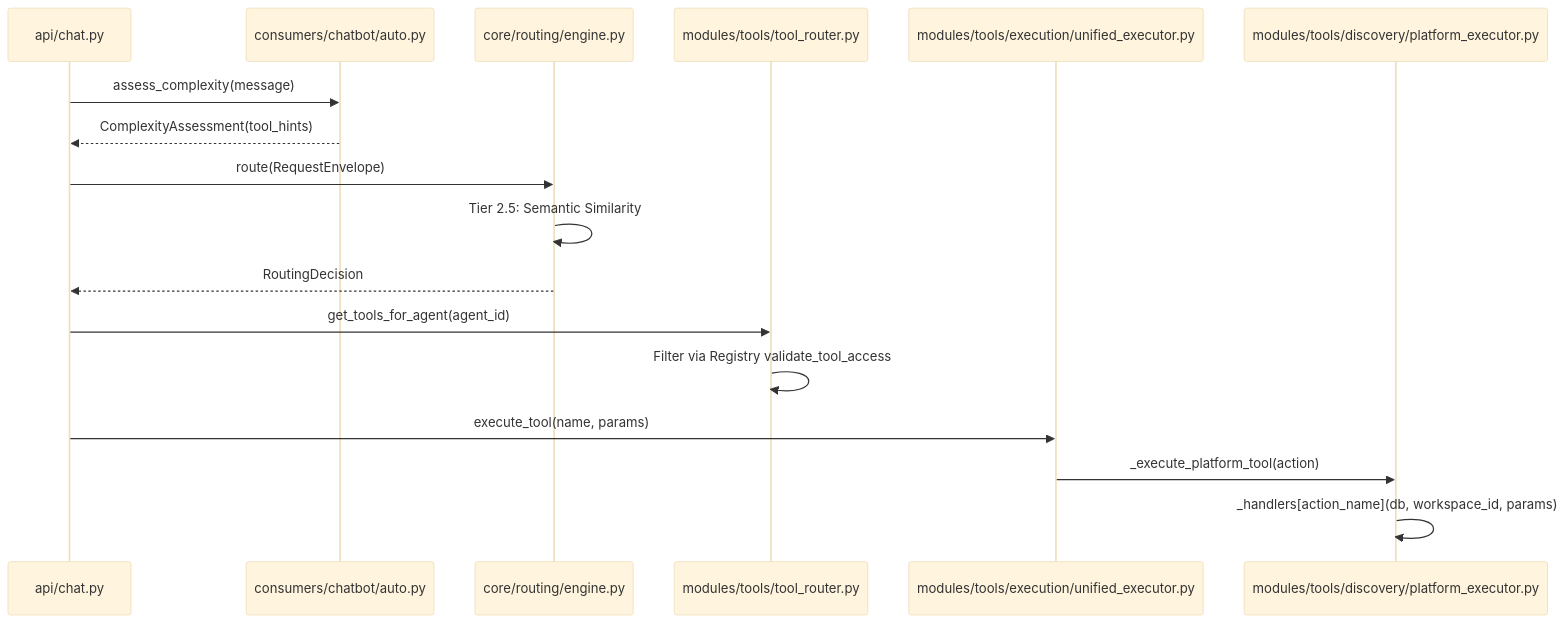
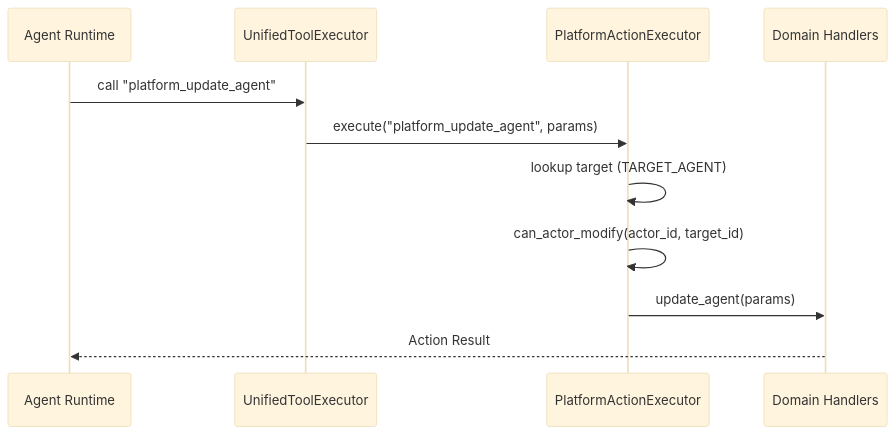
One commit to AutomatosAI/automatos-ai changed the second of 2 diagrams in docs/tools-integrations/tool-router-execution.md. Above: the diagram before and after it, drawn with Mermaid (base theme). The commit also changed other lines of this file and 153 other files, not shown here.

````diff
--- a/docs/tools-integrations/tool-router-execution.md
+++ b/docs/tools-integrations/tool-router-execution.md
@@ -153,23 +126,14 @@
 ```mermaid
 sequenceDiagram
-    participant API as api/chat.py
-    participant Auto as consumers/chatbot/auto.py
-    participant Router as core/routing/engine.py
-    participant ToolRouter as modules/tools/tool_router.py
-    participant Unified as modules/tools/execution/unified_executor.py
-    participant Platform as modules/tools/discovery/platform_executor.py
-
-    API->>Auto: assess_complexity(message)
-    Auto-->>API: ComplexityAssessment(tool_hints)
+    participant Agent as Agent Runtime
+    participant Unified as UnifiedToolExecutor
+    participant PlatExec as PlatformActionExecutor
+    participant Handlers as Domain Handlers
     
-    API->>Router: route(RequestEnvelope)
-    Router->>Router: Tier 2.5: Semantic Similarity
-    Router-->>API: RoutingDecision
-    
-    API->>ToolRouter: get_tools_for_agent(agent_id)
-    ToolRouter->>ToolRouter: Filter via Registry validate_tool_access
-    
-    API->>Unified: execute_tool(name, params)
-    Unified->>Platform: _execute_platform_tool(action)
-    Platform->>Platform: _handlers[action_name](db, workspace_id, params)
+    Agent->>Unified: call "platform_update_agent"
+    Unified->>PlatExec: execute("platform_update_agent", params)
+    PlatExec->>PlatExec: lookup target (TARGET_AGENT)
+    PlatExec->>PlatExec: can_actor_modify(actor_id, target_id)
+    PlatExec->>Handlers: update_agent(params)
+    Handlers-->>Agent: Action Result
 ```
````
